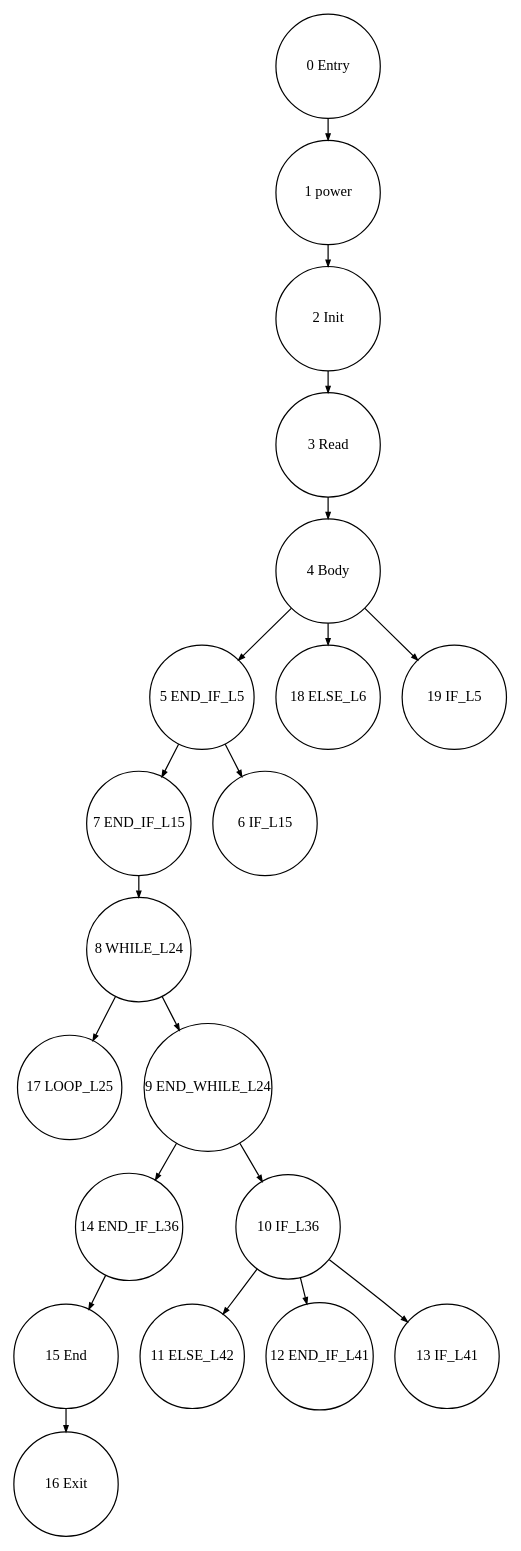
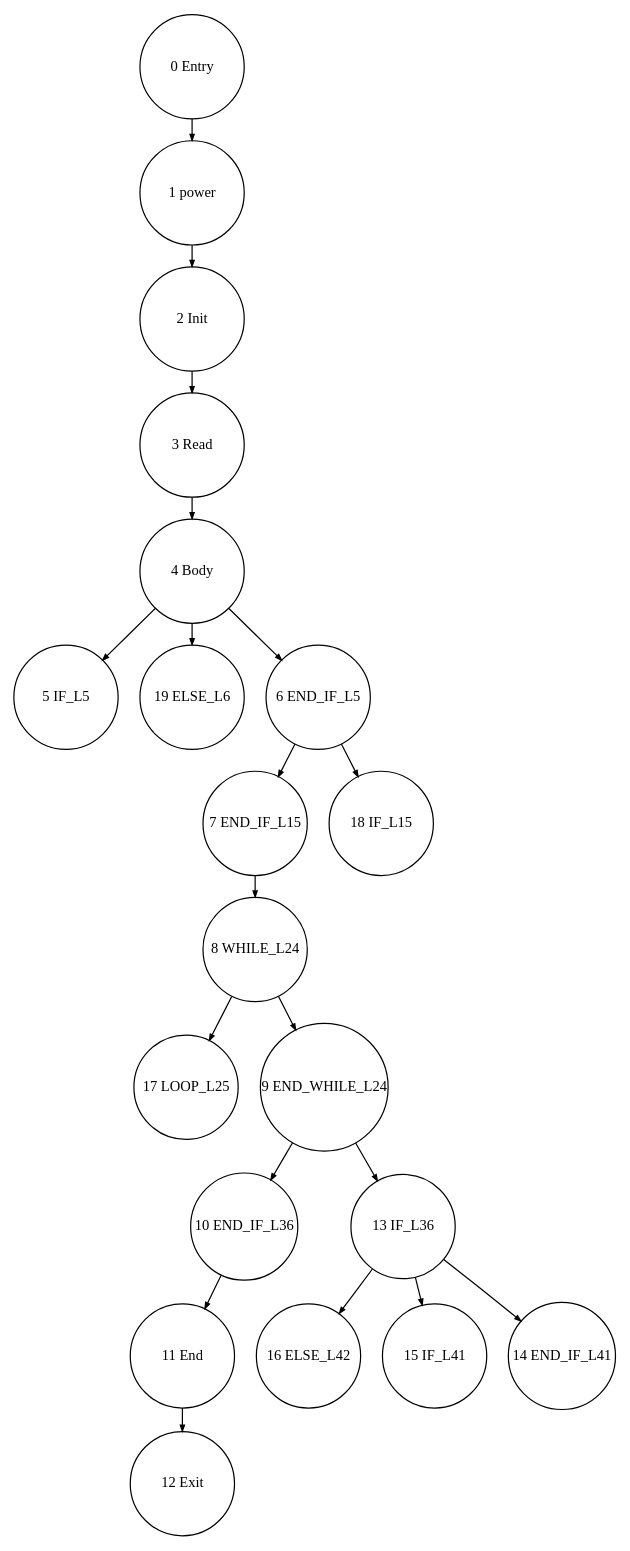
Before and after one commit to Geoffrey1014/ST_DSE: the diagram in tests_programs/paper1_tests/power_output/Graph_DomTree_0.dot, drawn with Graphviz. The commit also changed 172 other files, not shown here.

```diff
--- a/tests_programs/paper1_tests/power_output/Graph_DomTree_0.dot
+++ b/tests_programs/paper1_tests/power_output/Graph_DomTree_0.dot
@@ -1,26 +1,26 @@
 digraph G {
   ranksep=.25;
   edge [arrowsize=.5]
   node [shape=circle, fontname="ArialNarrow",
         fontsize=12,  height=1.2];
-  "5 END_IF_L5"; "16 Exit"; "8 WHILE_L24"; "0 Entry"; "7 END_IF_L15"; "2 Init"; "6 IF_L15"; "15 End"; "18 ELSE_L6"; "11 ELSE_L42"; "17 LOOP_L25"; "19 IF_L5"; "12 END_IF_L41"; "4 Body"; "13 IF_L41"; "14 END_IF_L36"; "3 Read"; "1 power"; "9 END_WHILE_L24"; "10 IF_L36"; 
+  "8 WHILE_L24"; "0 Entry"; "11 End"; "10 END_IF_L36"; "7 END_IF_L15"; "2 Init"; "16 ELSE_L42"; "5 IF_L5"; "17 LOOP_L25"; "4 Body"; "3 Read"; "15 IF_L41"; "14 END_IF_L41"; "19 ELSE_L6"; "12 Exit"; "1 power"; "18 IF_L15"; "9 END_WHILE_L24"; "6 END_IF_L5"; "13 IF_L36"; 
   "8 WHILE_L24" -> "9 END_WHILE_L24";
   "8 WHILE_L24" -> "17 LOOP_L25";
-  "9 END_WHILE_L24" -> "10 IF_L36";
-  "9 END_WHILE_L24" -> "14 END_IF_L36";
-  "14 END_IF_L36" -> "15 End";
+  "9 END_WHILE_L24" -> "10 END_IF_L36";
+  "9 END_WHILE_L24" -> "13 IF_L36";
+  "10 END_IF_L36" -> "11 End";
   "7 END_IF_L15" -> "8 WHILE_L24";
+  "6 END_IF_L5" -> "7 END_IF_L15";
+  "6 END_IF_L5" -> "18 IF_L15";
   "3 Read" -> "4 Body";
-  "5 END_IF_L5" -> "6 IF_L15";
-  "5 END_IF_L5" -> "7 END_IF_L15";
+  "2 Init" -> "3 Read";
   "0 Entry" -> "1 power";
-  "2 Init" -> "3 Read";
-  "10 IF_L36" -> "11 ELSE_L42";
-  "10 IF_L36" -> "12 END_IF_L41";
-  "10 IF_L36" -> "13 IF_L41";
-  "15 End" -> "16 Exit";
+  "13 IF_L36" -> "14 END_IF_L41";
+  "13 IF_L36" -> "15 IF_L41";
+  "13 IF_L36" -> "16 ELSE_L42";
+  "11 End" -> "12 Exit";
   "1 power" -> "2 Init";
-  "4 Body" -> "5 END_IF_L5";
-  "4 Body" -> "18 ELSE_L6";
-  "4 Body" -> "19 IF_L5";
+  "4 Body" -> "5 IF_L5";
+  "4 Body" -> "6 END_IF_L5";
+  "4 Body" -> "19 ELSE_L6";
 }
```
